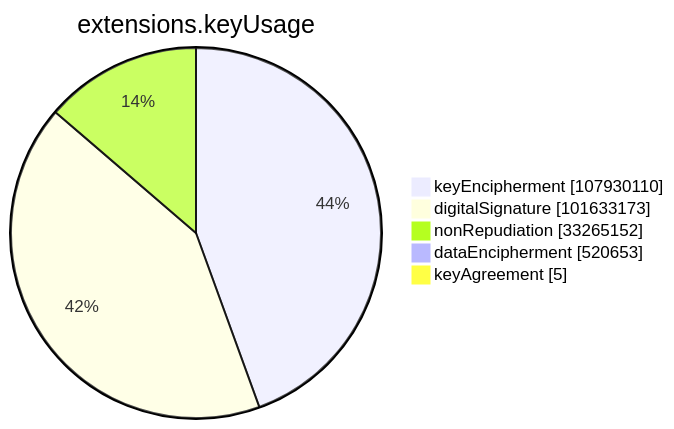
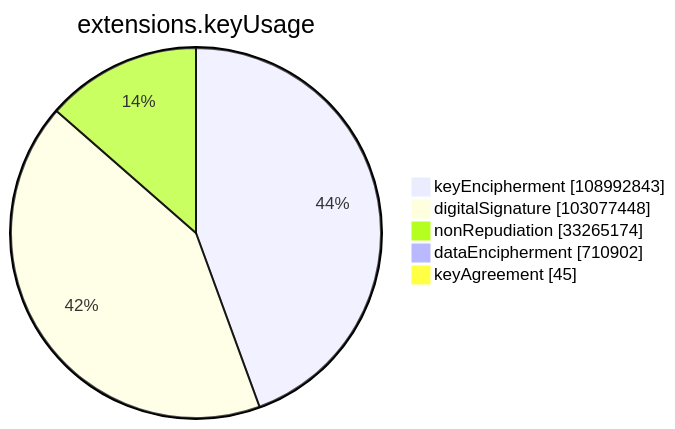
The sixth of 15 diagrams in xenon2023/README.md (christiankrug/ctmonitor_visualization), drawn with Mermaid before and after one commit. The commit also changed other lines of this file, not shown here.

````diff
--- a/xenon2023/README.md
+++ b/xenon2023/README.md
@@ -2115,9 +2116,9 @@
 ```mermaid
 pie showData
 title extensions.keyUsage
-"keyEncipherment" :107930110
-"digitalSignature" :101633173
-"nonRepudiation" :33265152
-"dataEncipherment" :520653
-"keyAgreement" :5
+"keyEncipherment" :108992843
+"digitalSignature" :103077448
+"nonRepudiation" :33265174
+"dataEncipherment" :710902
+"keyAgreement" :45
 ```
````
